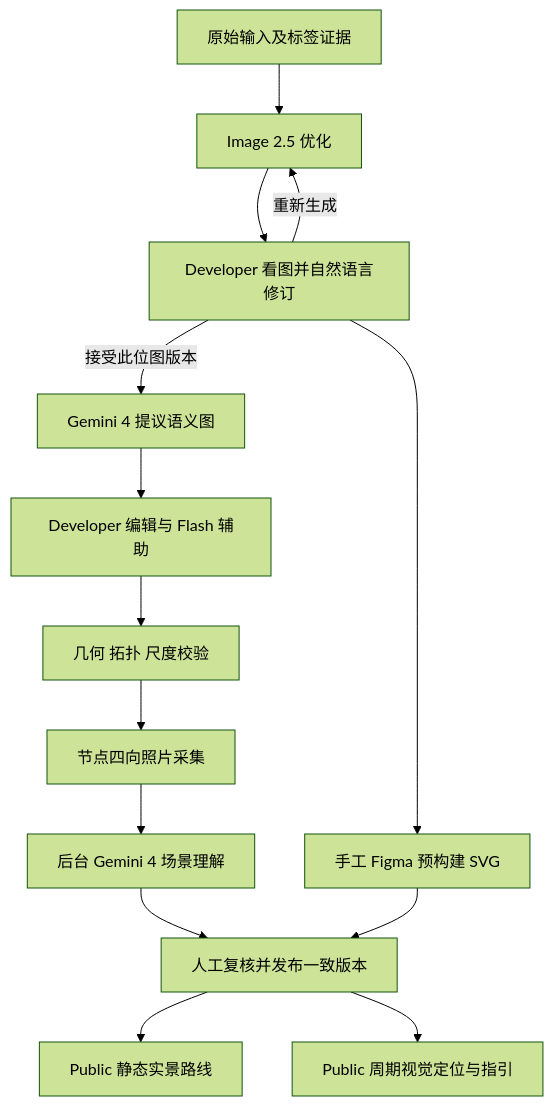
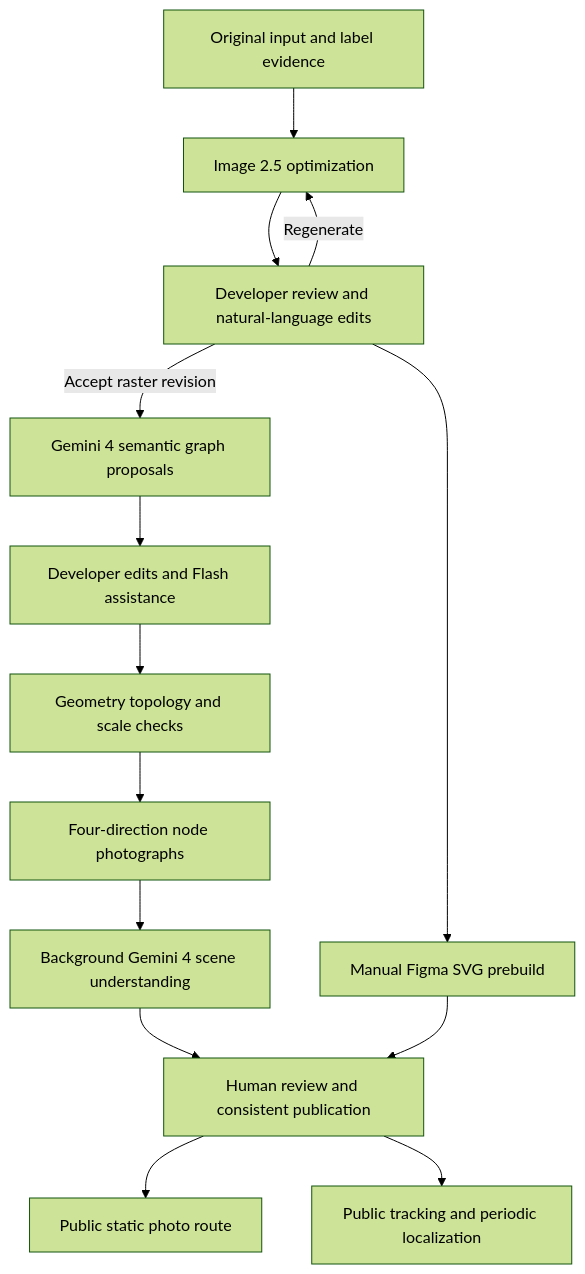
The diagram in docs/pipeline/navigation-ai-workflow-plan.md (mhamza1906/SnapWay), drawn with Mermaid (forest theme) before and after one commit. The commit also changed other lines of this file and 10 other files, not shown here.

````diff
--- a/docs/pipeline/navigation-ai-workflow-plan.md
+++ b/docs/pipeline/navigation-ai-workflow-plan.md
@@ -40,16 +40,16 @@
 ```mermaid
 flowchart TD
-  Source[原始输入及标签证据] --> Image[Image 2.5 优化]
-  Image --> Review[Developer 看图并自然语言修订]
-  Review -->|重新生成| Image
-  Review -->|接受此位图版本| Semantic[Gemini 4 提议语义图]
-  Review --> Manual[手工 Figma 预构建 SVG]
-  Semantic --> Edit[Developer 编辑与 Flash 辅助]
-  Edit --> Check[几何 拓扑 尺度校验]
-  Check --> Photos[节点四向照片采集]
-  Photos --> Jobs[后台 Gemini 4 场景理解]
-  Jobs --> Publish[人工复核并发布一致版本]
+  Source[Original input and label evidence] --> Image[Image 2.5 optimization]
+  Image --> Review[Developer review and natural-language edits]
+  Review -->|Regenerate| Image
+  Review -->|Accept raster revision| Semantic[Gemini 4 semantic graph proposals]
+  Review --> Manual[Manual Figma SVG prebuild]
+  Semantic --> Edit[Developer edits and Flash assistance]
+  Edit --> Check[Geometry topology and scale checks]
+  Check --> Photos[Four-direction node photographs]
+  Photos --> Jobs[Background Gemini 4 scene understanding]
+  Jobs --> Publish[Human review and consistent publication]
   Manual --> Publish
-  Publish --> Static[Public 静态实景路线]
-  Publish --> Dynamic[Public 周期视觉定位与指引]
+  Publish --> Static[Public static photo route]
+  Publish --> Dynamic[Public tracking and periodic localization]
 ```
````
